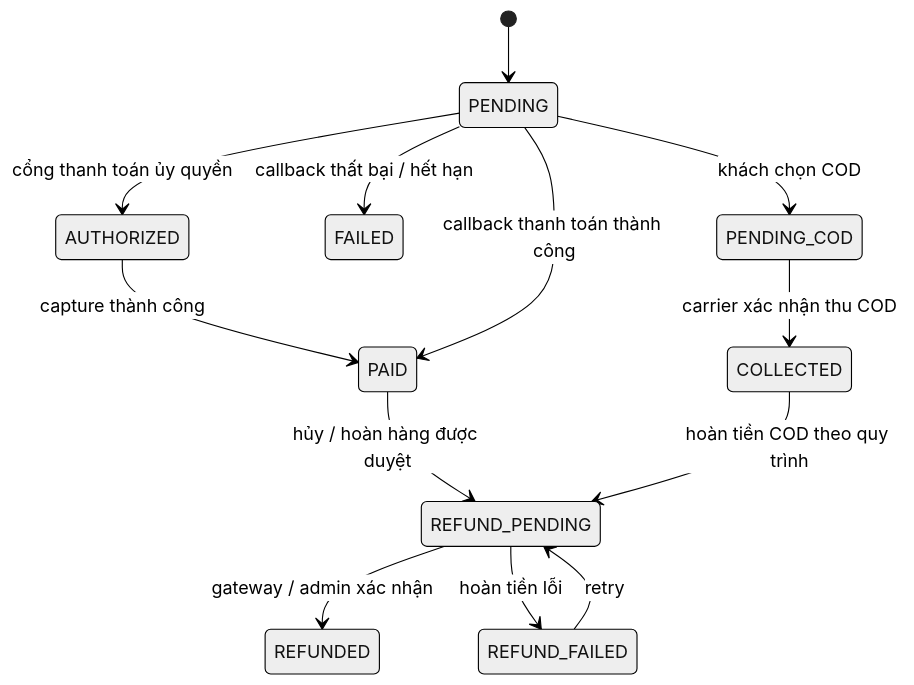
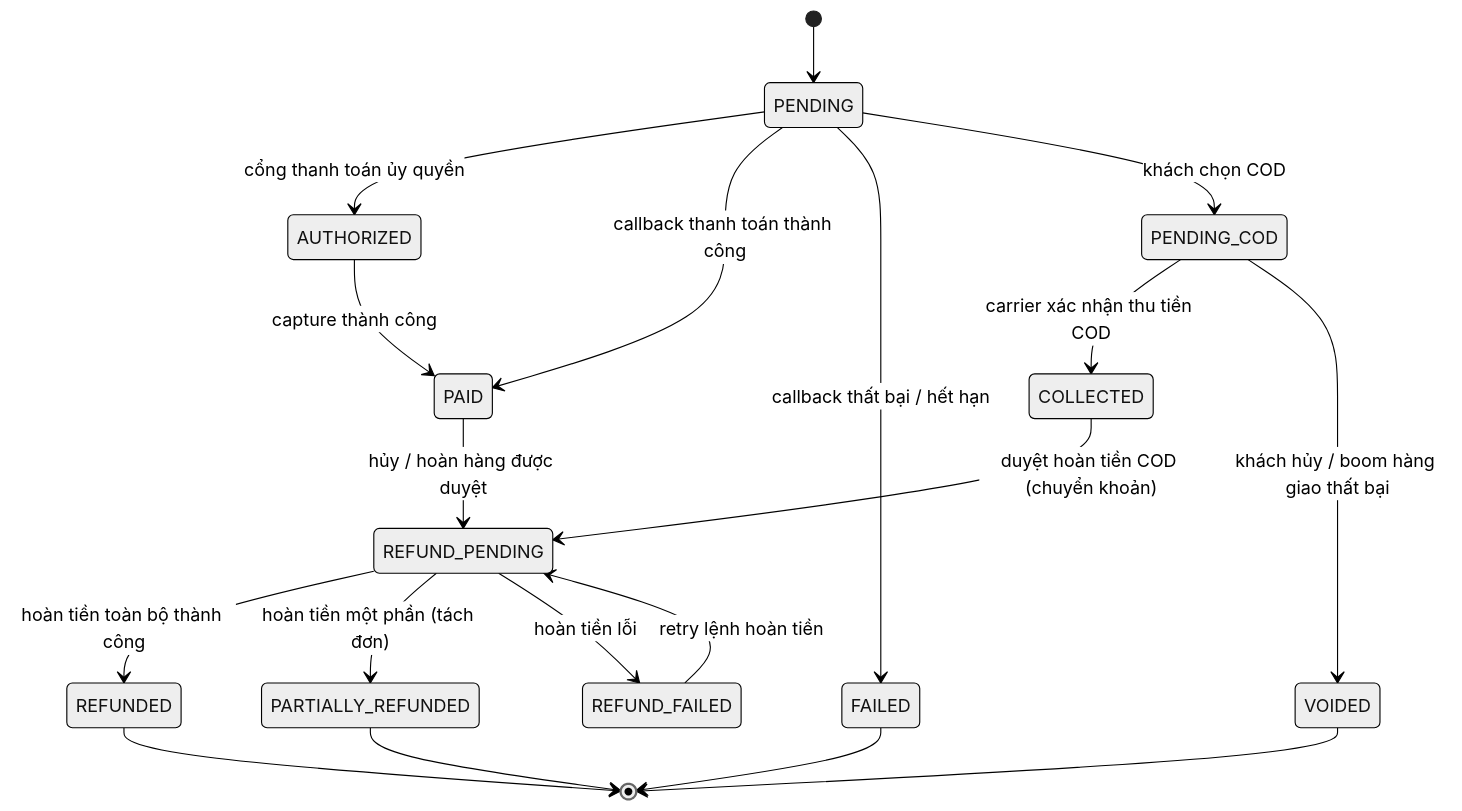
Before and after one commit to NguyenVoLyDo/Project-XD-and-PTPM: the diagram in docs/mermaid/08-payment-state.mmd, drawn with Mermaid (neutral theme). The commit also changed 3 other files, not shown here.

Commit message:
docs: update state machines with partially refunded, completed lock, return rejection, COD voided, and embedded reservation/dispute states

```diff
--- a/docs/mermaid/08-payment-state.mmd
+++ b/docs/mermaid/08-payment-state.mmd
@@ -1,13 +1,22 @@
 stateDiagram-v2
   [*] --> PENDING
   PENDING --> AUTHORIZED: cổng thanh toán ủy quyền
   AUTHORIZED --> PAID: capture thành công
   PENDING --> PAID: callback thanh toán thành công
   PENDING --> FAILED: callback thất bại / hết hạn
   PENDING --> PENDING_COD: khách chọn COD
-  PENDING_COD --> COLLECTED: carrier xác nhận thu COD
+  PENDING_COD --> COLLECTED: carrier xác nhận thu tiền COD
+  PENDING_COD --> VOIDED: khách hủy / boom hàng giao thất bại
+  
   PAID --> REFUND_PENDING: hủy / hoàn hàng được duyệt
-  COLLECTED --> REFUND_PENDING: hoàn tiền COD theo quy trình
-  REFUND_PENDING --> REFUNDED: gateway / admin xác nhận
+  COLLECTED --> REFUND_PENDING: duyệt hoàn tiền COD (chuyển khoản)
+  
+  REFUND_PENDING --> REFUNDED: hoàn tiền toàn bộ thành công
+  REFUND_PENDING --> PARTIALLY_REFUNDED: hoàn tiền một phần (tách đơn)
   REFUND_PENDING --> REFUND_FAILED: hoàn tiền lỗi
-  REFUND_FAILED --> REFUND_PENDING: retry
+  REFUND_FAILED --> REFUND_PENDING: retry lệnh hoàn tiền
+  
+  FAILED --> [*]
+  VOIDED --> [*]
+  REFUNDED --> [*]
+  PARTIALLY_REFUNDED --> [*]
```
